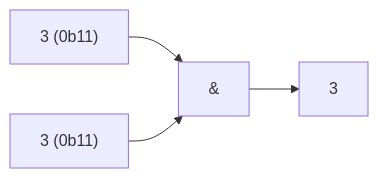
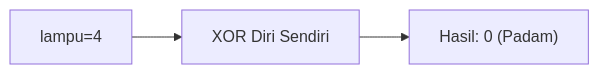
The fifth of 25 diagrams in part-c-pemahaman-cpp/06-bitwise/latihan/set-05.md (amnahwaida/OSNK_INF_PREP), drawn with Mermaid before and after one commit. The commit also changed other lines of this file and 71 other files, not shown here.

````diff
--- a/part-c-pemahaman-cpp/06-bitwise/latihan/set-05.md
+++ b/part-c-pemahaman-cpp/06-bitwise/latihan/set-05.md
@@ -128,6 +130,5 @@
 ```mermaid
 graph LR
-A["3 (0b11)"] --> C["&"]
-B["3 (0b11)"] --> C
-C --> D["3"]
+A["lampu=4"] --> B["XOR Diri Sendiri"]
+B --> C["Hasil: 0 (Padam)"]
 ```
````
